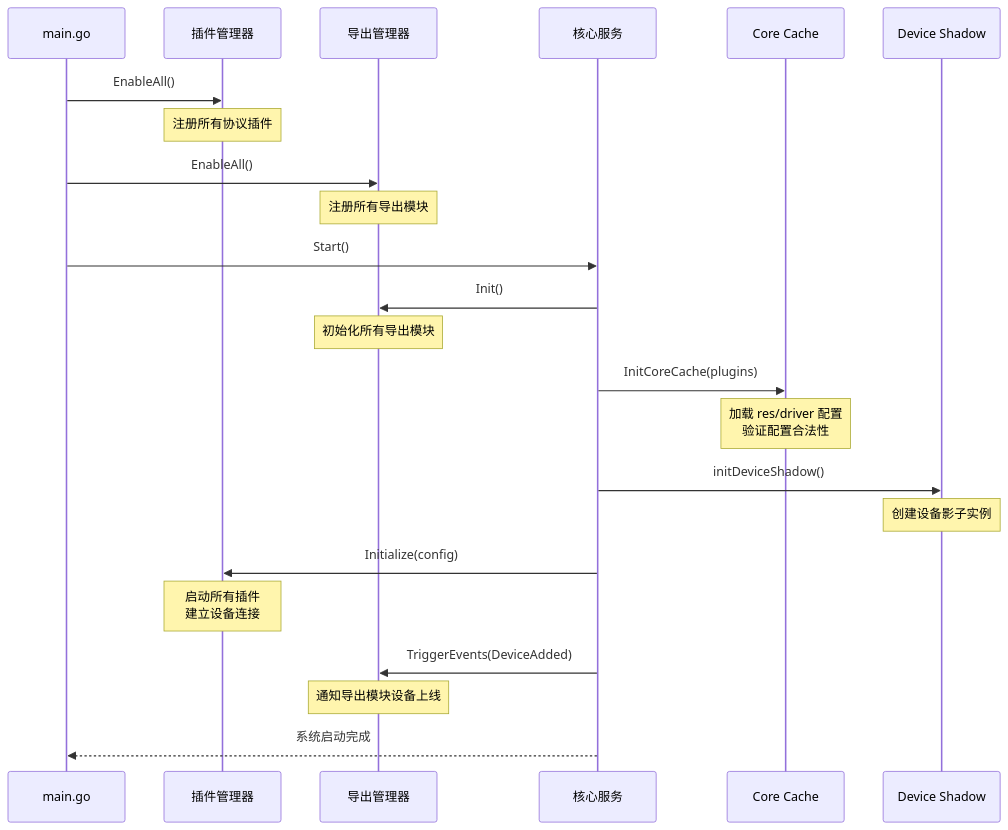
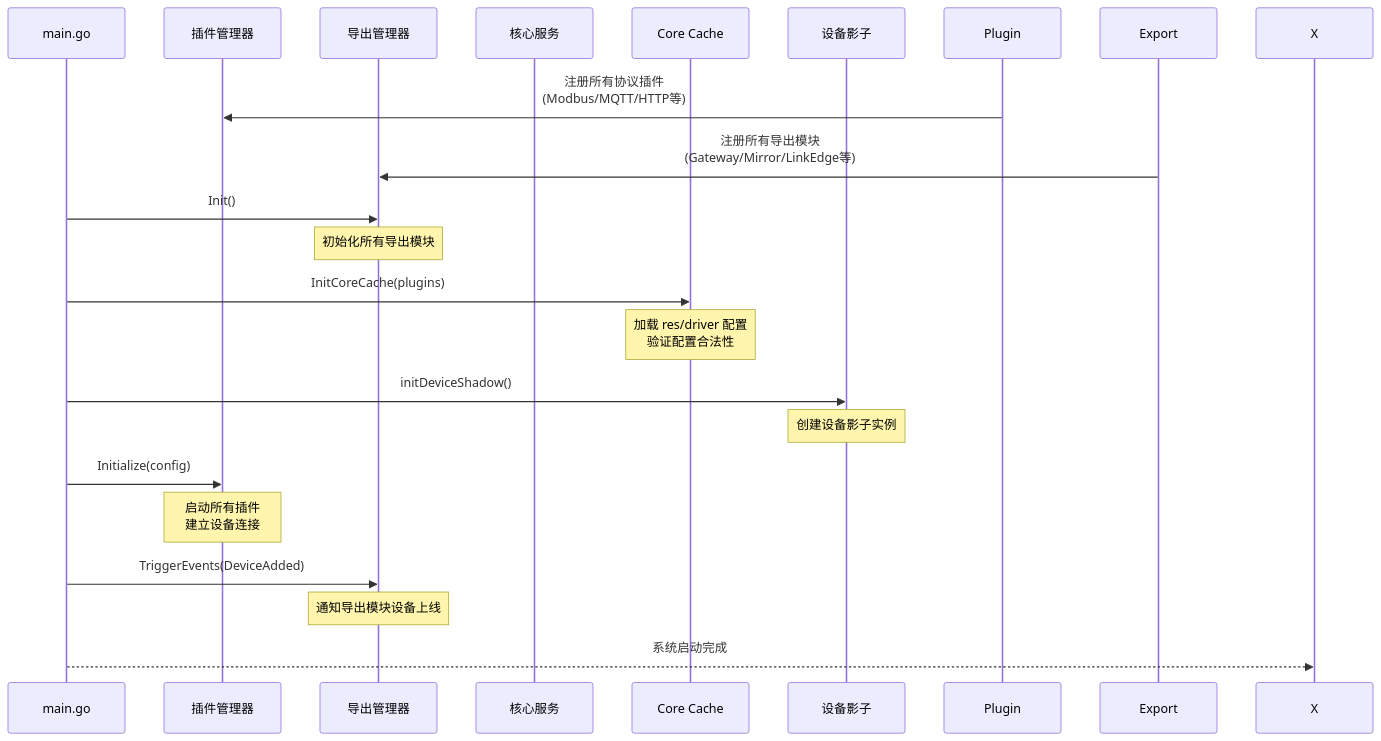
Before and after one commit to ibuilding-X/driver-box: the third of 9 diagrams in pages/src/content/docs/concepts/architecture.mdx, drawn with Mermaid. The commit also changed other lines of this file, not shown here.

First line of the commit message:
docs(architecture): 更新架构文档增加详细分层设计和流程说明

````diff
--- a/pages/src/content/docs/concepts/architecture.mdx
+++ b/pages/src/content/docs/concepts/architecture.mdx
@@ -79,33 +99,22 @@
 ```mermaid
 sequenceDiagram
     participant Main as main.go
     participant PM as 插件管理器
     participant EM as 导出管理器
     participant Core as 核心服务
     participant Cache as Core Cache
-    participant Shadow as Device Shadow
-
-    Main->>PM: EnableAll()
-    Note over PM: 注册所有协议插件
-
-    Main->>EM: EnableAll()
-    Note over EM: 注册所有导出模块
-
-    Main->>Core: Start()
-    Core->>EM: Init()
+    participant Shadow as 设备影子
+    Plugin->>PM: 注册所有协议插件<br/>(Modbus/MQTT/HTTP等)
+    Export->>EM: 注册所有导出模块<br/>(Gateway/Mirror/LinkEdge等)
+    Main->>EM: Init()
     Note over EM: 初始化所有导出模块
-
-    Core->>Cache: InitCoreCache(plugins)
+    Main->>Cache: InitCoreCache(plugins)
     Note over Cache: 加载 res/driver 配置<br/>验证配置合法性
-
-    Core->>Shadow: initDeviceShadow()
+    Main->>Shadow: initDeviceShadow()
     Note over Shadow: 创建设备影子实例
-
-    Core->>PM: Initialize(config)
+    Main->>PM: Initialize(config)
     Note over PM: 启动所有插件<br/>建立设备连接
-
-    Core->>EM: TriggerEvents(DeviceAdded)
+    Main->>EM: TriggerEvents(DeviceAdded)
     Note over EM: 通知导出模块设备上线
-
-    Core-->>Main: 系统启动完成
+    Main-->>X: 系统启动完成
 ```
````
